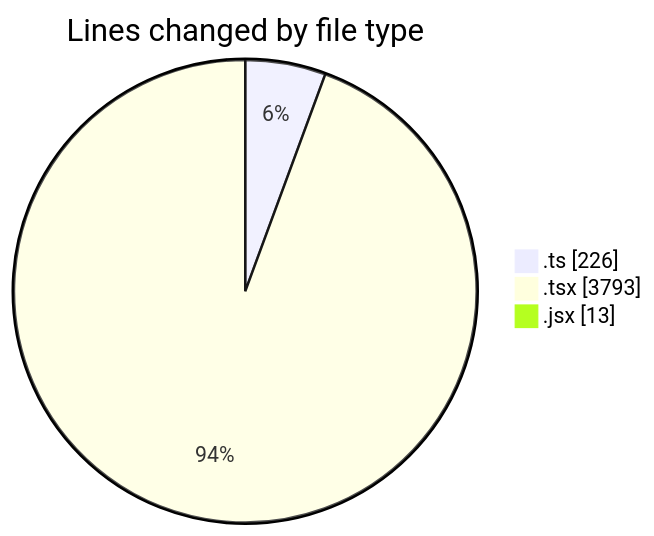
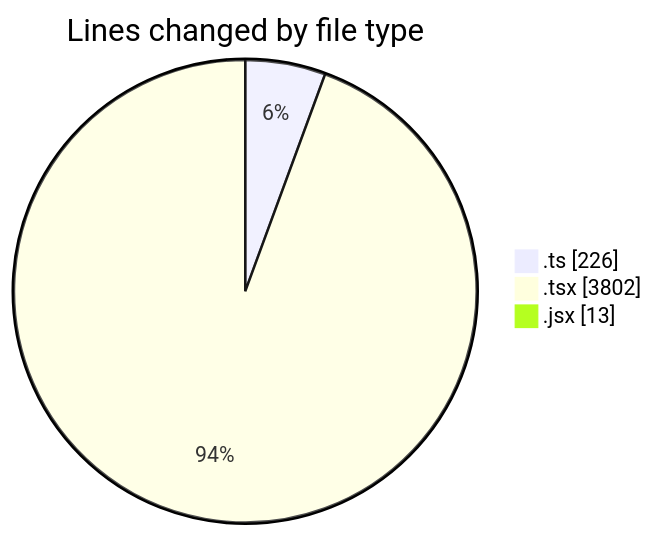
Before and after one commit to momahboobian/code-tracking: the first of 2 diagrams in 2025-12-02/cda/README.md, drawn with Mermaid. The commit also changed other lines of this file and 1 other file, not shown here.

````diff
--- a/2025-12-02/cda/README.md
+++ b/2025-12-02/cda/README.md
@@ -30,7 +30,7 @@
 ```mermaid
 pie showData
 title Lines changed by file type
 ".ts" : 226
-".tsx" : 3793
+".tsx" : 3802
 ".jsx" : 13
 ```
````
